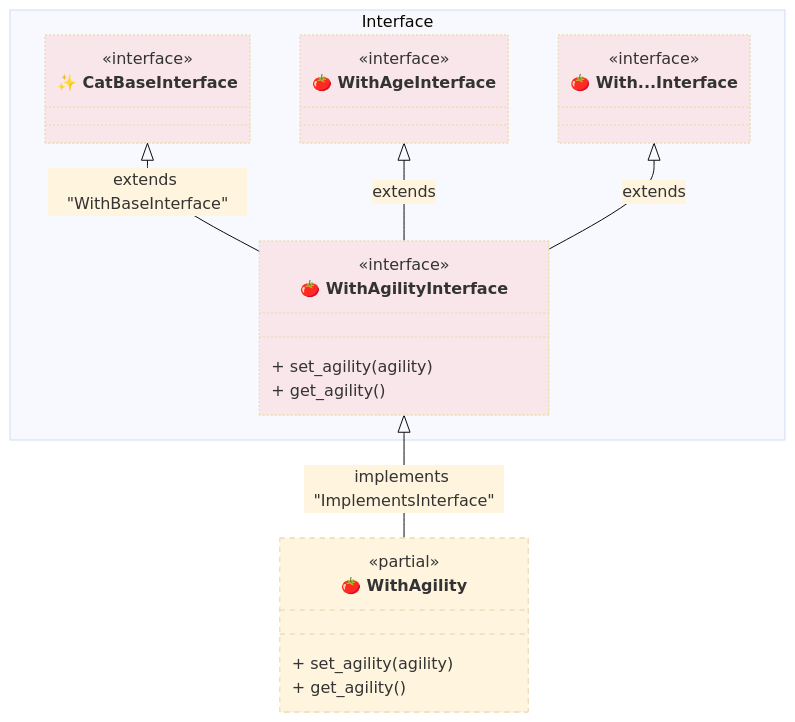
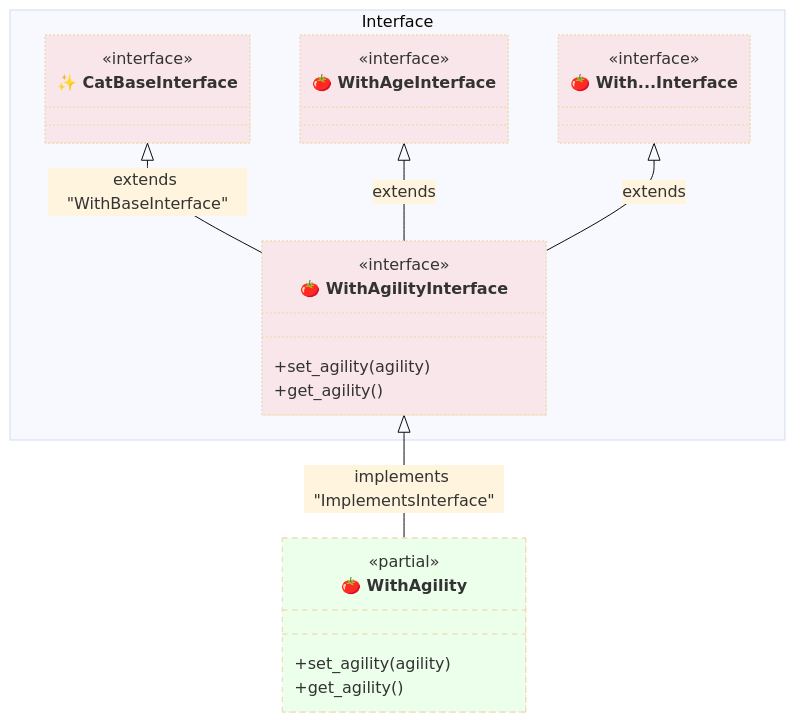
The ninth of 12 diagrams in tests/spec-001--class-composition-with-partial-classes.md (thecodecrate/python-pipeline), drawn with Mermaid (base theme) before and after one commit. The commit also changed other lines of this file, not shown here.

````diff
--- a/tests/spec-001--class-composition-with-partial-classes.md
+++ b/tests/spec-001--class-composition-with-partial-classes.md
@@ -401,46 +426,47 @@
 ```mermaid
 classDiagram
     namespace Interface {
         class Interface1["✨ CatBaseInterface"] {
             <<interface>>
         }
 
         class Interface2["🍅 WithAgeInterface"] {
             <<interface>>
         }
 
         class Interface3["🍅 With...Interface"] {
             <<interface>>
         }
 
         class Interface4["🍅 WithAgilityInterface"] {
             <<interface>>
-            + set_agility(agility)
-            + get_agility()
+            +set_agility(agility)
+            +get_agility()
         }
     }
 
-    class Partial1["🍅 WithAgility"] {
+    class Partial1_["🍅 WithAgility"] {
         <<partial>>
-        + set_agility(agility)
-        + get_agility()
+        +set_agility(agility)
+        +get_agility()
     }
 
     %% Relationships
     Interface1 <|-- Interface4 : extends "WithBaseInterface"
     Interface2 <|-- Interface4 : extends
     Interface3 <|-- Interface4 : extends
-    Interface4 <|-- Partial1 : implements "ImplementsInterface"
+    Interface4 <|-- Partial1_ : implements "ImplementsInterface"
 
     %% Apply Styles
-    style Base fill:#ffff6020, stroke-dasharray: 5 5
-    style Composed bugfix:#111, stroke-width:2px, font-weight: bold
-    style Partial1 bugfix:#111, stroke-dasharray: 5 5
-    style Partial2 bugfix:#111, stroke-dasharray: 5 5
-    style Partial3 bugfix:#111, stroke-dasharray: 5 5
-    style Partial4 bugfix:#111, stroke-dasharray: 5 5
+    style Base_ fill:#ffff6020, stroke-dasharray: 5 5
+    style Composed_ bugfix:#111, stroke-width:2px, font-weight: bold
+    style External1 bugfix:#111, stroke-width:2px, font-weight: bold
+    style Partial1_ fill:#60ff6020, stroke-dasharray: 5 5
+    style Partial2_ fill:#60ff6020, stroke-dasharray: 5 5
+    style Partial3_ fill:#60ff6020, stroke-dasharray: 5 5
+    style Partial4_ fill:#60ff6020, stroke-dasharray: 5 5
     style Interface1 fill:#ff606020, stroke-dasharray: 2 2
     style Interface2 fill:#ff606020, stroke-dasharray: 2 2
     style Interface3 fill:#ff606020, stroke-dasharray: 2 2
     style Interface4 fill:#ff606020, stroke-dasharray: 2 2
 ```
````
